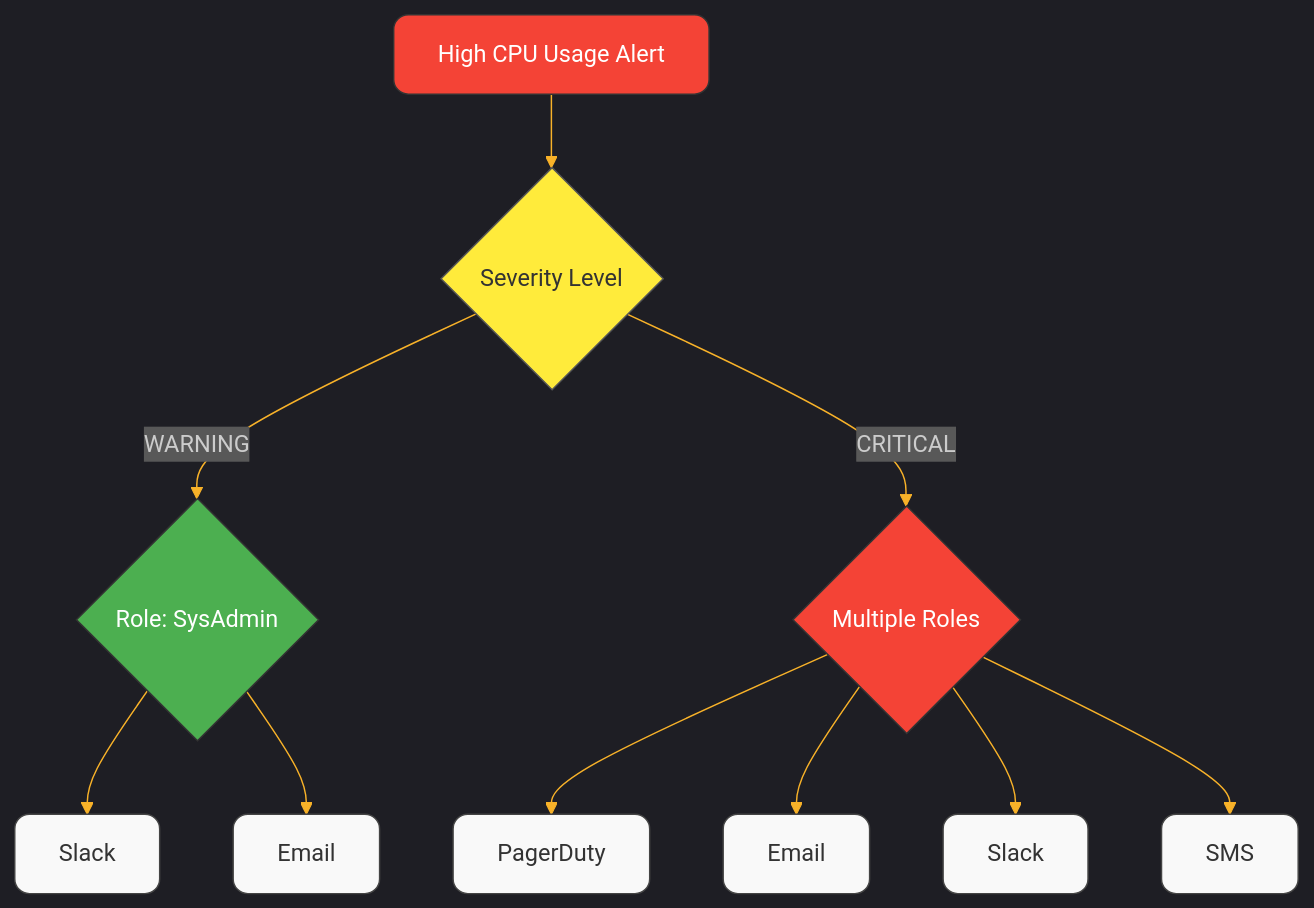
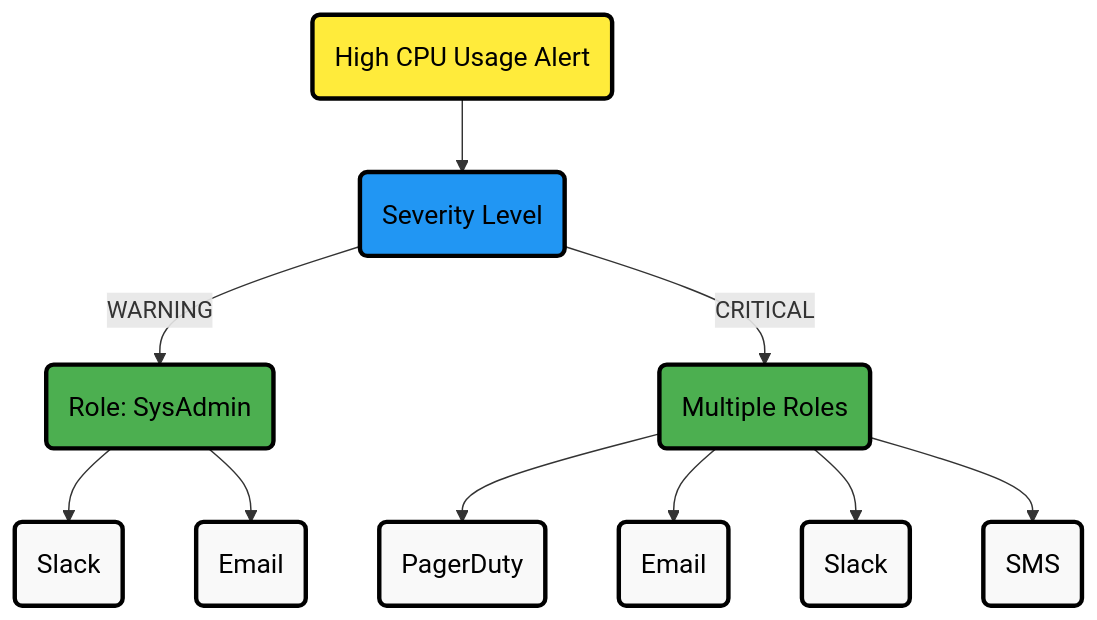
The first of 2 diagrams in src/health/notifications/README.md (netdata/netdata), drawn with Mermaid before and after one commit. The commit also changed other lines of this file and 21 other files, not shown here.

Commit message:
Fix Mermaid diagrams across multiple files

````diff
--- a/src/health/notifications/README.md
+++ b/src/health/notifications/README.md
@@ -23,28 +23,27 @@
 ```mermaid
-%%{init: {'theme': 'dark', 'themeVariables': { 'primaryColor': '#2b2b2b', 'primaryTextColor': '#fff', 'primaryBorderColor': '#7C0000', 'lineColor': '#F8B229', 'secondaryColor': '#006100', 'tertiaryColor': '#333'}}}%%
 flowchart TD
-    Alert[High CPU Usage Alert] --> Check{Severity Level}
-    style Alert fill:#f44336,stroke:#333,color:#fff,stroke-width:1px,rx:10,ry:10
-    style Check fill:#ffeb3b,stroke:#555,color:#333,stroke-width:1px,rx:10,ry:10
+    Alert("High CPU Usage Alert") --> Check("Severity Level")
     
-    Check -->|WARNING| WarningRouting{Role: SysAdmin}
-    Check -->|CRITICAL| CriticalRouting{Multiple Roles}
+    Check -->|"WARNING"| WarningRouting("Role: SysAdmin")
+    Check -->|"CRITICAL"| CriticalRouting("Multiple Roles")
     
-    style WarningRouting fill:#4caf50,stroke:#333,color:#fff,stroke-width:1px,rx:10,ry:10
-    style CriticalRouting fill:#f44336,stroke:#333,color:#fff,stroke-width:1px,rx:10,ry:10
+    WarningRouting --> SlackChannel("Slack")
+    WarningRouting --> EmailOps("Email")
     
-    WarningRouting --> SlackChannel[Slack]
-    WarningRouting --> EmailOps[Email]
+    CriticalRouting --> PagerDuty("PagerDuty")
+    CriticalRouting --> EmailManagers("Email")
+    CriticalRouting --> SlackUrgent("Slack")
+    CriticalRouting --> SMS("SMS")
     
-    CriticalRouting --> PagerDuty[PagerDuty]
-    CriticalRouting --> EmailManagers[Email]
-    CriticalRouting --> SlackUrgent[Slack]
-    CriticalRouting --> SMS[SMS]
-    
-    style SlackChannel fill:#f9f9f9,stroke:#444,color:#333,stroke-width:1px,rx:10,ry:10
-    style EmailOps fill:#f9f9f9,stroke:#444,color:#333,stroke-width:1px,rx:10,ry:10
-    style PagerDuty fill:#f9f9f9,stroke:#444,color:#333,stroke-width:1px,rx:10,ry:10
-    style EmailManagers fill:#f9f9f9,stroke:#444,color:#333,stroke-width:1px,rx:10,ry:10
-    style SlackUrgent fill:#f9f9f9,stroke:#444,color:#333,stroke-width:1px,rx:10,ry:10
-    style SMS fill:#f9f9f9,stroke:#444,color:#333,stroke-width:1px,rx:10,ry:10
+    %% Style definitions
+    classDef alert fill:#ffeb3b,stroke:#000000,stroke-width:3px,color:#000000,font-size:18px
+    classDef neutral fill:#f9f9f9,stroke:#000000,stroke-width:3px,color:#000000,font-size:18px
+    classDef complete fill:#4caf50,stroke:#000000,stroke-width:3px,color:#000000,font-size:18px
+    classDef database fill:#2196F3,stroke:#000000,stroke-width:3px,color:#000000,font-size:18px
+
+    %% Apply styles
+    class Alert alert
+    class Check database
+    class WarningRouting,CriticalRouting complete
+    class SlackChannel,EmailOps,PagerDuty,EmailManagers,SlackUrgent,SMS neutral
 ```
````
